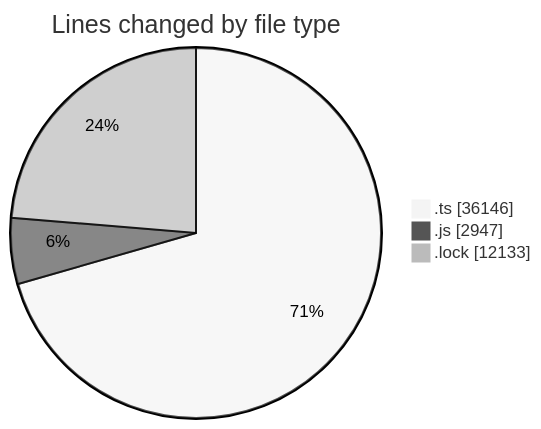
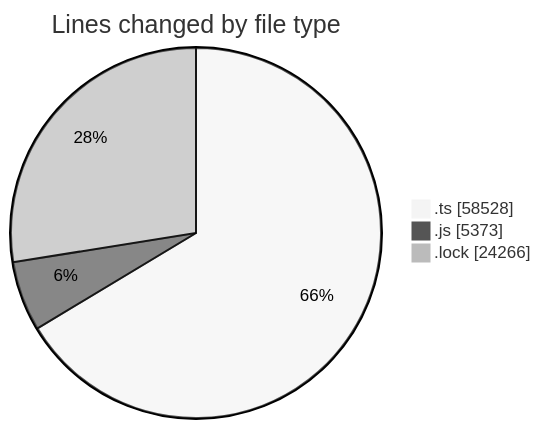
One commit to momahboobian/code-tracking changed the first of 2 diagrams in 2025-08-14/cda/README.md. Above: the diagram before and after it, drawn with Mermaid (neutral theme). The commit also changed other lines of this file and 1 other file, not shown here.

````diff
--- a/2025-08-14/cda/README.md
+++ b/2025-08-14/cda/README.md
@@ -32,7 +33,7 @@
 ```mermaid
 pie showData
 title Lines changed by file type
-".ts" : 36146
-".js" : 2947
-".lock" : 12133
+".ts" : 58528
+".js" : 5373
+".lock" : 24266
 ```
````
